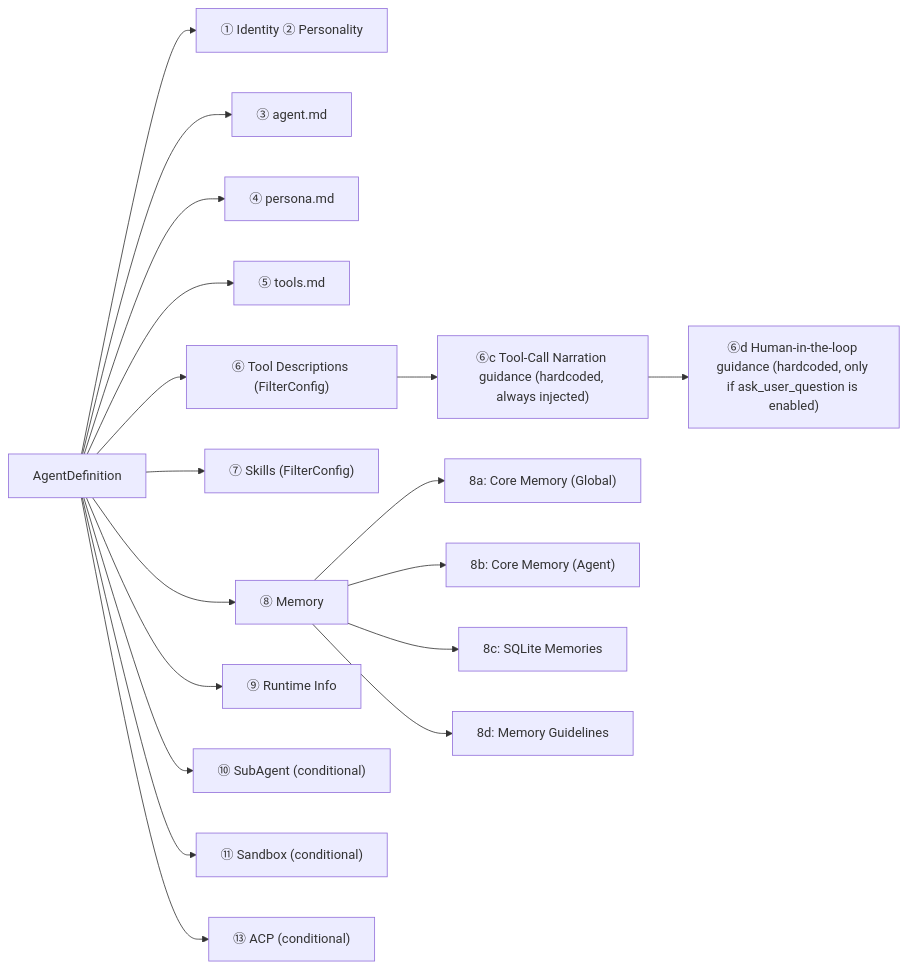
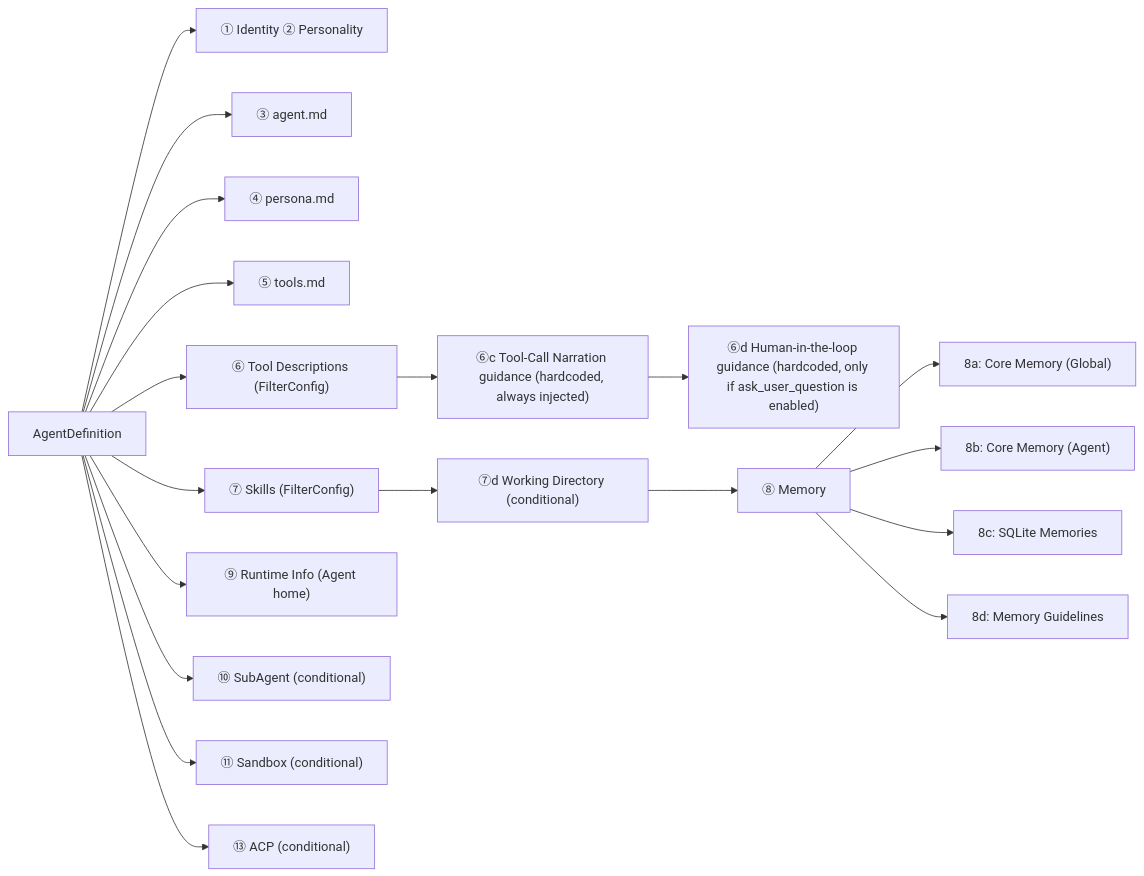
Before and after one commit to shiwenwen/hope-agent: the third of 4 diagrams in docs/architecture/prompt-system.md, drawn with Mermaid. The commit also changed other lines of this file and 16 other files, not shown here.

Commit message:
fix: honor session working directory for tools

````diff
--- a/docs/architecture/prompt-system.md
+++ b/docs/architecture/prompt-system.md
@@ -88,21 +89,22 @@
 ```mermaid
 graph LR
     AD["AgentDefinition"] --> S1["① Identity ② Personality"]
     AD --> S3["③ agent.md"]
     AD --> S4["④ persona.md"]
     AD --> S5["⑤ tools.md"]
     AD --> S6["⑥ Tool Descriptions (FilterConfig)"]
     S6 --> S6b["⑥c Tool-Call Narration guidance (hardcoded, always injected)"]
     S6b --> S6c["⑥d Human-in-the-loop guidance (hardcoded, only if ask_user_question is enabled)"]
     AD --> S7["⑦ Skills (FilterConfig)"]
-    AD --> S8["⑧ Memory"]
+    S7 --> S7d["⑦d Working Directory (conditional)"]
+    S7d --> S8["⑧ Memory"]
     S8 --> S8a["8a: Core Memory (Global)"]
     S8 --> S8b["8b: Core Memory (Agent)"]
     S8 --> S8c["8c: SQLite Memories"]
     S8 --> S8d["8d: Memory Guidelines"]
-    AD --> S9["⑨ Runtime Info"]
+    AD --> S9["⑨ Runtime Info (Agent home)"]
     AD --> S10["⑩ SubAgent (conditional)"]
     AD --> S11["⑪ Sandbox (conditional)"]
     AD --> S13["⑬ ACP (conditional)"]
 
 ```
````
